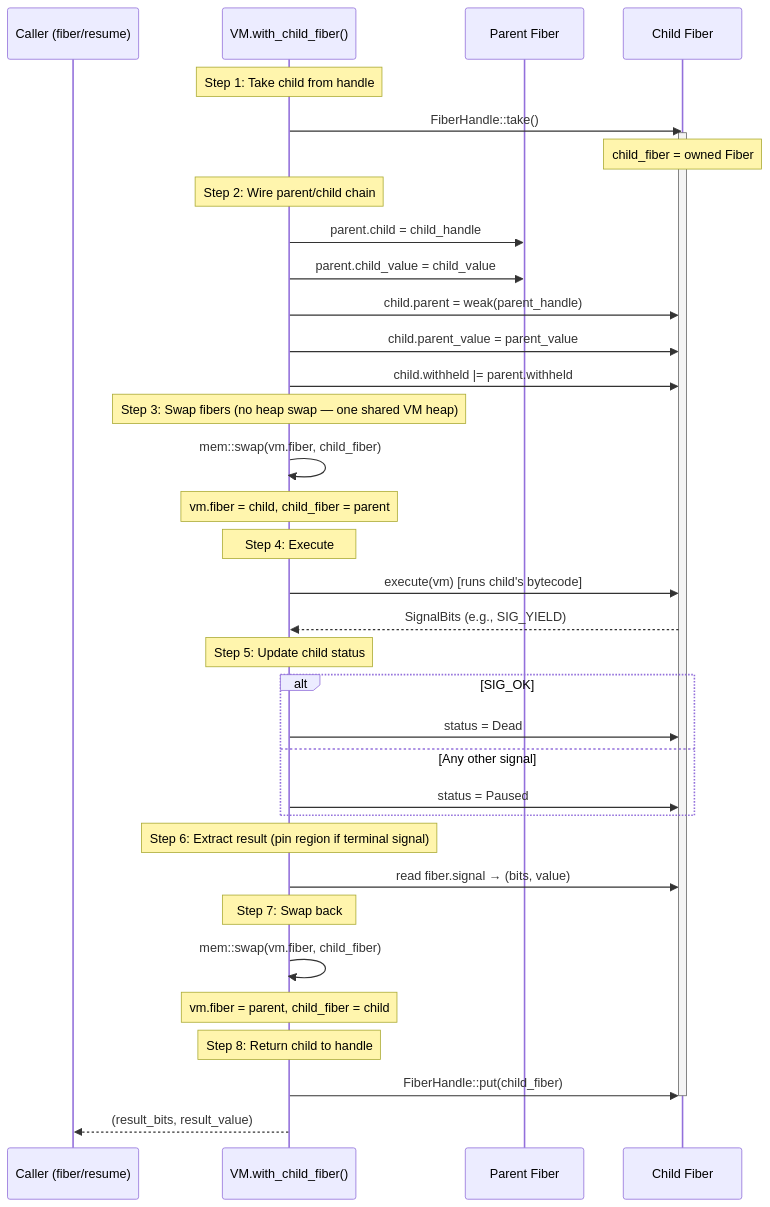
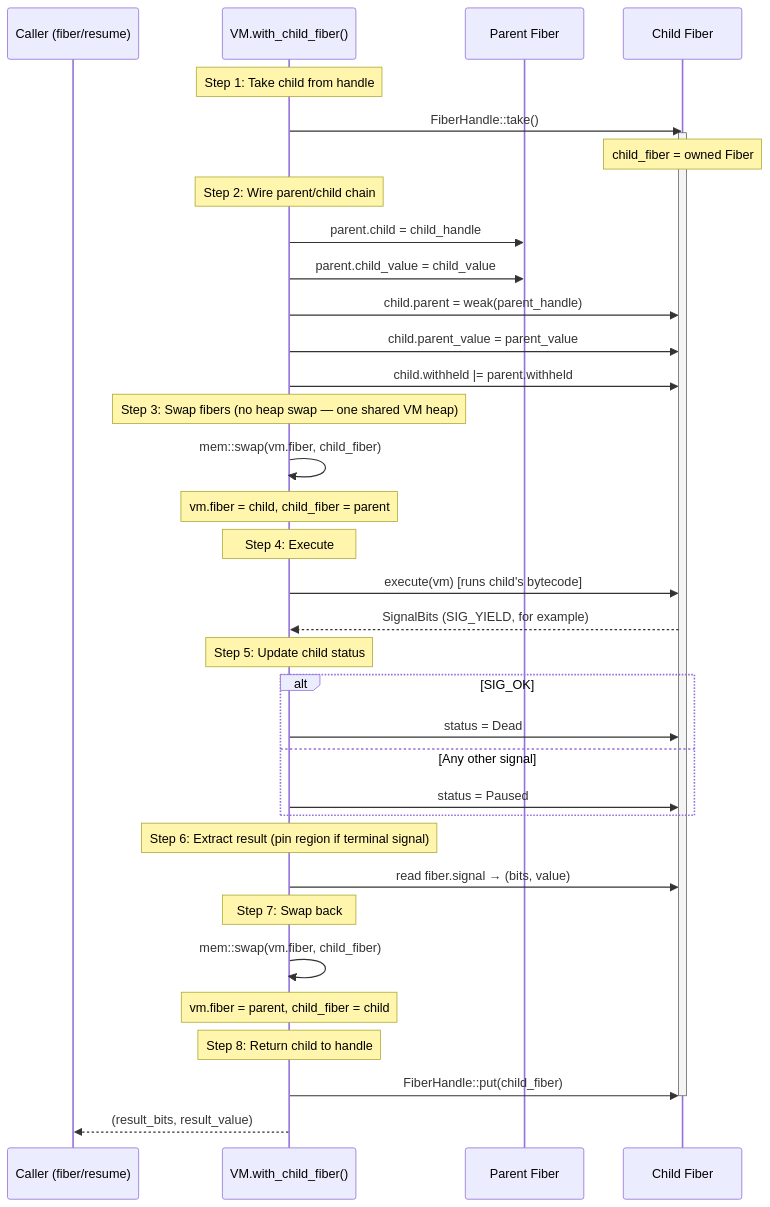
The diagram in docs/signals/primitives.md (elle-lisp/elle), drawn with Mermaid before and after one commit. The commit also changed other lines of this file and 339 other files, not shown here.

````diff
--- a/docs/signals/primitives.md
+++ b/docs/signals/primitives.md
@@ -373,47 +374,47 @@
 ```mermaid
 sequenceDiagram
     participant Caller as Caller (fiber/resume)
     participant VM as VM.with_child_fiber()
     participant Parent as Parent Fiber
     participant Child as Child Fiber
 
     Note over VM: Step 1: Take child from handle
     VM->>Child: FiberHandle::take()
     activate Child
     Note over Child: child_fiber = owned Fiber
 
     Note over VM: Step 2: Wire parent/child chain
     VM->>Parent: parent.child = child_handle
     VM->>Parent: parent.child_value = child_value
     VM->>Child: child.parent = weak(parent_handle)
     VM->>Child: child.parent_value = parent_value
     VM->>Child: child.withheld |= parent.withheld
 
     Note over VM: Step 3: Swap fibers (no heap swap — one shared VM heap)
     VM->>VM: mem::swap(vm.fiber, child_fiber)
     Note over VM: vm.fiber = child, child_fiber = parent
 
     Note over VM: Step 4: Execute
     VM->>Child: execute(vm) [runs child's bytecode]
-    Child-->>VM: SignalBits (e.g., SIG_YIELD)
+    Child-->>VM: SignalBits (SIG_YIELD, for example)
 
     Note over VM: Step 5: Update child status
     alt SIG_OK
         VM->>Child: status = Dead
     else Any other signal
         VM->>Child: status = Paused
     end
 
     Note over VM: Step 6: Extract result (pin region if terminal signal)
     VM->>Child: read fiber.signal → (bits, value)
 
     Note over VM: Step 7: Swap back
     VM->>VM: mem::swap(vm.fiber, child_fiber)
     Note over VM: vm.fiber = parent, child_fiber = child
 
     Note over VM: Step 8: Return child to handle
     VM->>Child: FiberHandle::put(child_fiber)
     deactivate Child
 
     VM-->>Caller: (result_bits, result_value)
 ```
````
